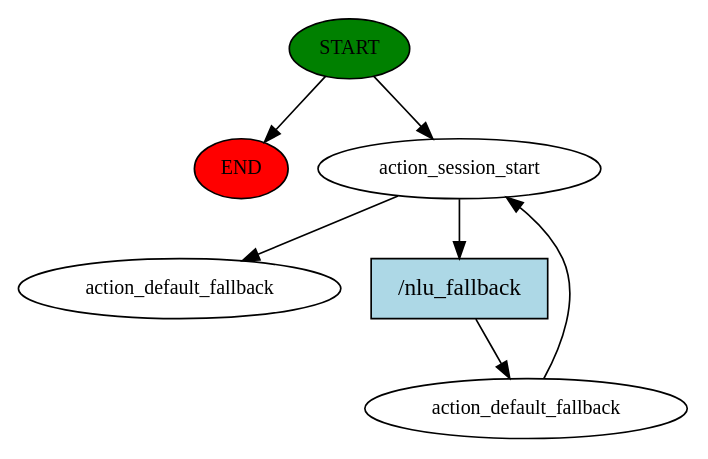
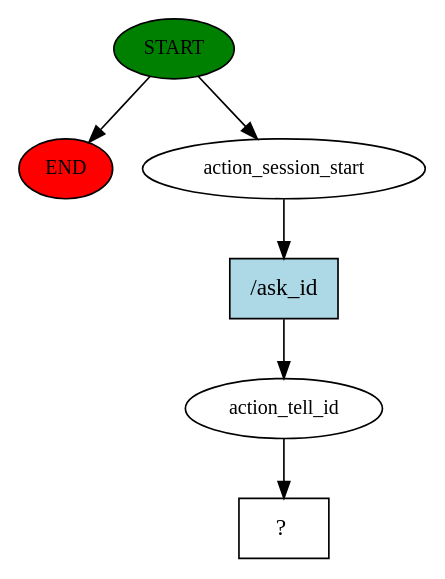
Before and after one commit to Gigit-AI-Corporation/rasa: the diagram in story_graph.dot, drawn with Graphviz. The commit also changed 7 other files, not shown here.

```diff
--- a/story_graph.dot
+++ b/story_graph.dot
@@ -1,14 +1,13 @@
 digraph  {
 0 [class="start active", fillcolor=green, fontsize=12, label=START, style=filled];
 "-1" [class=end, fillcolor=red, fontsize=12, label=END, style=filled];
 1 [class=active, fontsize=12, label=action_session_start];
-2 [class=active, fontsize=12, label=action_default_fallback];
-4 [class="dashed active", fontsize=12, label=action_default_fallback];
-5 [class="intent active", fillcolor=lightblue, label="/nlu_fallback", shape=rect, style=filled];
+2 [class=active, fontsize=12, label=action_tell_id];
+3 [class="intent dashed active", label="  ?  ", shape=rect];
+4 [class="intent active", fillcolor=lightblue, label="/ask_id", shape=rect, style=filled];
 0 -> "-1"  [class="", key=NONE, label=""];
 0 -> 1  [class=active, key=NONE, label=""];
-1 -> 4  [class=active, key=NONE, label=""];
-1 -> 5  [class=active, key=0];
-2 -> 1  [class=active, key=NONE, label=""];
-5 -> 2  [class=active, key=0];
+1 -> 4  [class=active, key=0];
+2 -> 3  [class=active, key=NONE, label=""];
+4 -> 2  [class=active, key=0];
 }
```
